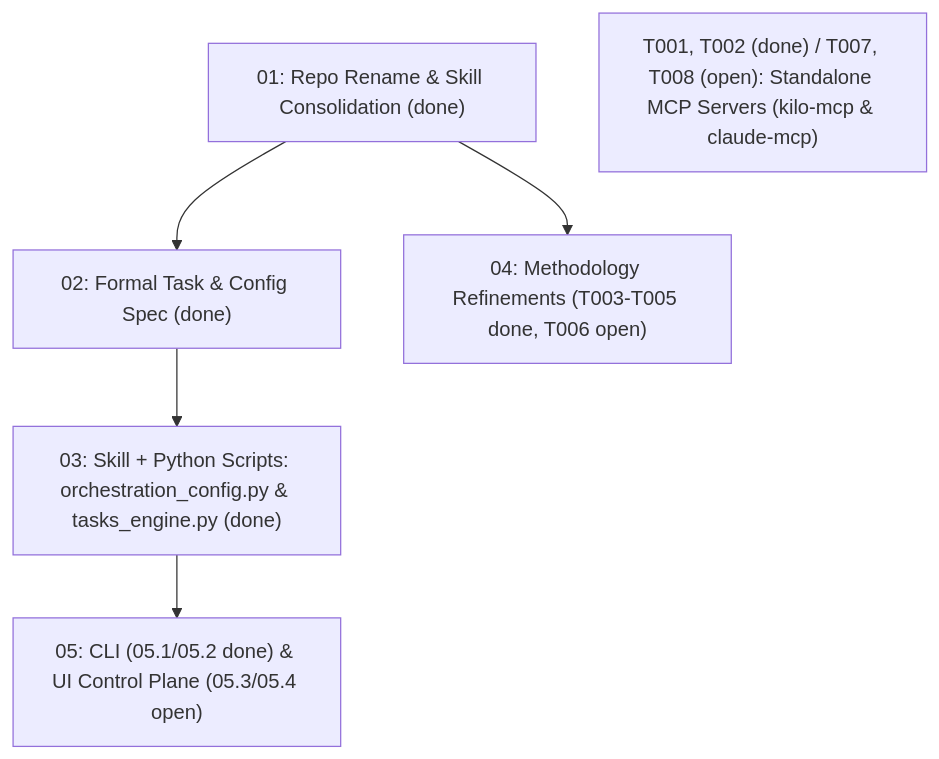
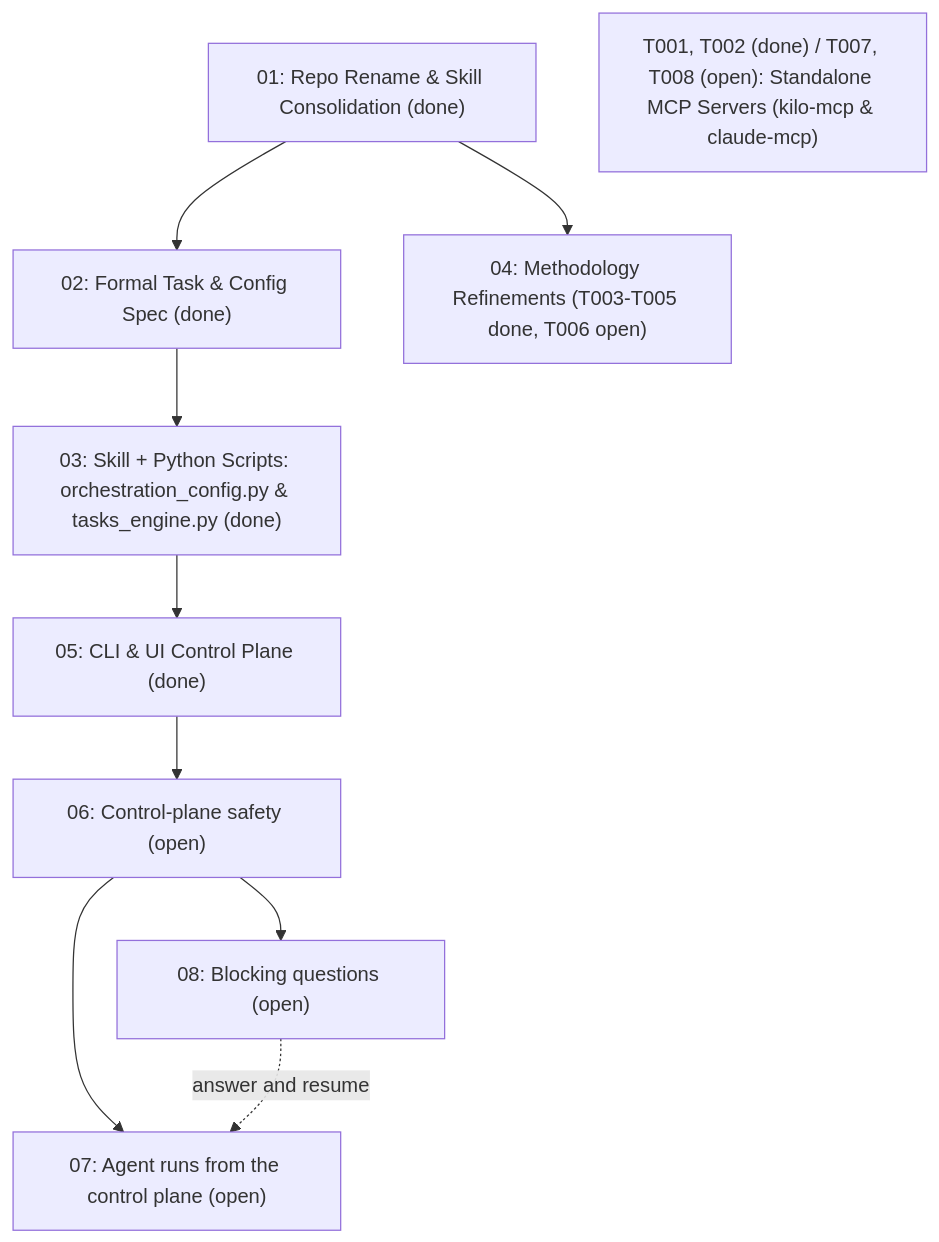
One commit to primax79/ai-orchestration changed the diagram in tasks/00-INDEX.md. Above: the diagram before and after it, drawn with Mermaid. The commit also changed other lines of this file and 6 other files, not shown here.

First line of the commit message:
docs(tasks): specs and plans for control-plane safety (06), agent runs (07), blocking questions (08)

````diff
--- a/tasks/00-INDEX.md
+++ b/tasks/00-INDEX.md
@@ -71,12 +77,18 @@
 ```mermaid
 flowchart TB
     I01["01: Repo Rename & Skill Consolidation (done)"]
     I02["02: Formal Task & Config Spec (done)"]
     I03["03: Skill + Python Scripts: orchestration_config.py & tasks_engine.py (done)"]
     I04["04: Methodology Refinements (T003-T005 done, T006 open)"]
-    I05["05: CLI (05.1/05.2 done) & UI Control Plane (05.3/05.4 open)"]
+    I05["05: CLI & UI Control Plane (done)"]
+    I06["06: Control-plane safety (open)"]
+    I07["07: Agent runs from the control plane (open)"]
+    I08["08: Blocking questions (open)"]
     MCP["T001, T002 (done) / T007, T008 (open): Standalone MCP Servers (kilo-mcp & claude-mcp)"]
 
-    I01 --> I02 --> I03 --> I05
+    I01 --> I02 --> I03 --> I05 --> I06
+    I06 --> I07
+    I06 --> I08
+    I08 -.->|answer and resume| I07
     I01 --> I04
 ```
````
